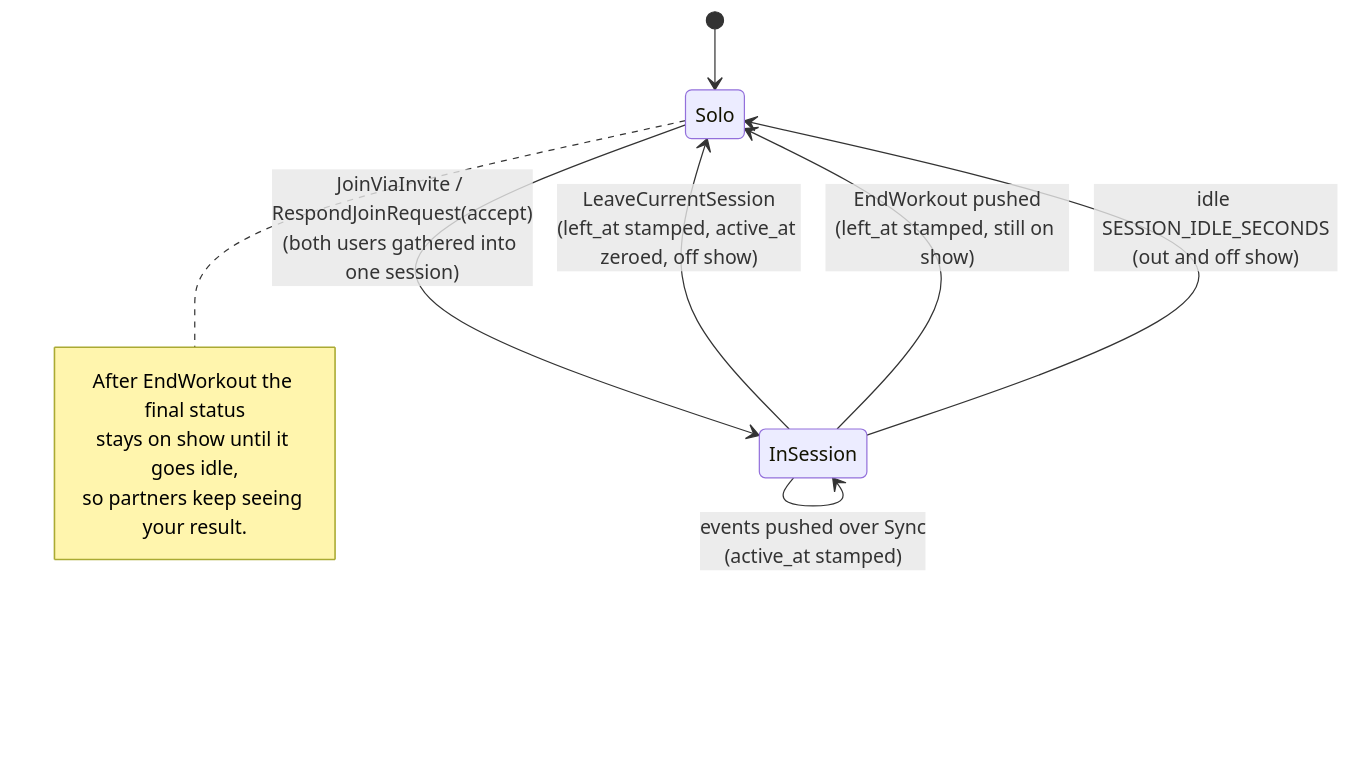
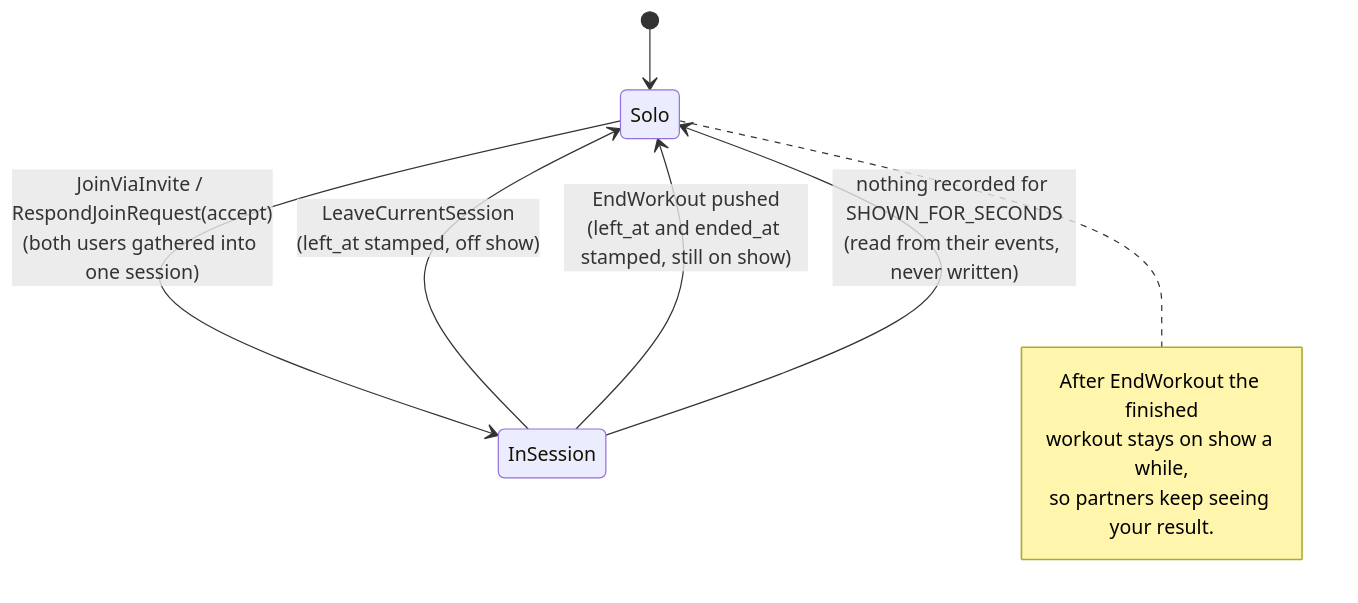
The second of 4 diagrams in docs/architecture/multiplayer.md (brensch/lift), drawn with Mermaid before and after one commit. The commit also changed other lines of this file and 68 other files, not shown here.

````diff
--- a/docs/architecture/multiplayer.md
+++ b/docs/architecture/multiplayer.md
@@ -38,14 +46,13 @@
 ```mermaid
 stateDiagram-v2
     [*] --> Solo
     Solo --> InSession: JoinViaInvite / RespondJoinRequest(accept)<br/>(both users gathered into one session)
-    InSession --> InSession: events pushed over Sync<br/>(active_at stamped)
-    InSession --> Solo: LeaveCurrentSession<br/>(left_at stamped, active_at zeroed, off show)
-    InSession --> Solo: EndWorkout pushed<br/>(left_at stamped, still on show)
-    InSession --> Solo: idle SESSION_IDLE_SECONDS<br/>(out and off show)
+    InSession --> Solo: LeaveCurrentSession<br/>(left_at stamped, off show)
+    InSession --> Solo: EndWorkout pushed<br/>(left_at and ended_at stamped, still on show)
+    InSession --> Solo: nothing recorded for SHOWN_FOR_SECONDS<br/>(read from their events, never written)
     note right of Solo
-        After EndWorkout the final status
-        stays on show until it goes idle,
+        After EndWorkout the finished
+        workout stays on show a while,
         so partners keep seeing your result.
     end note
 ```
````
